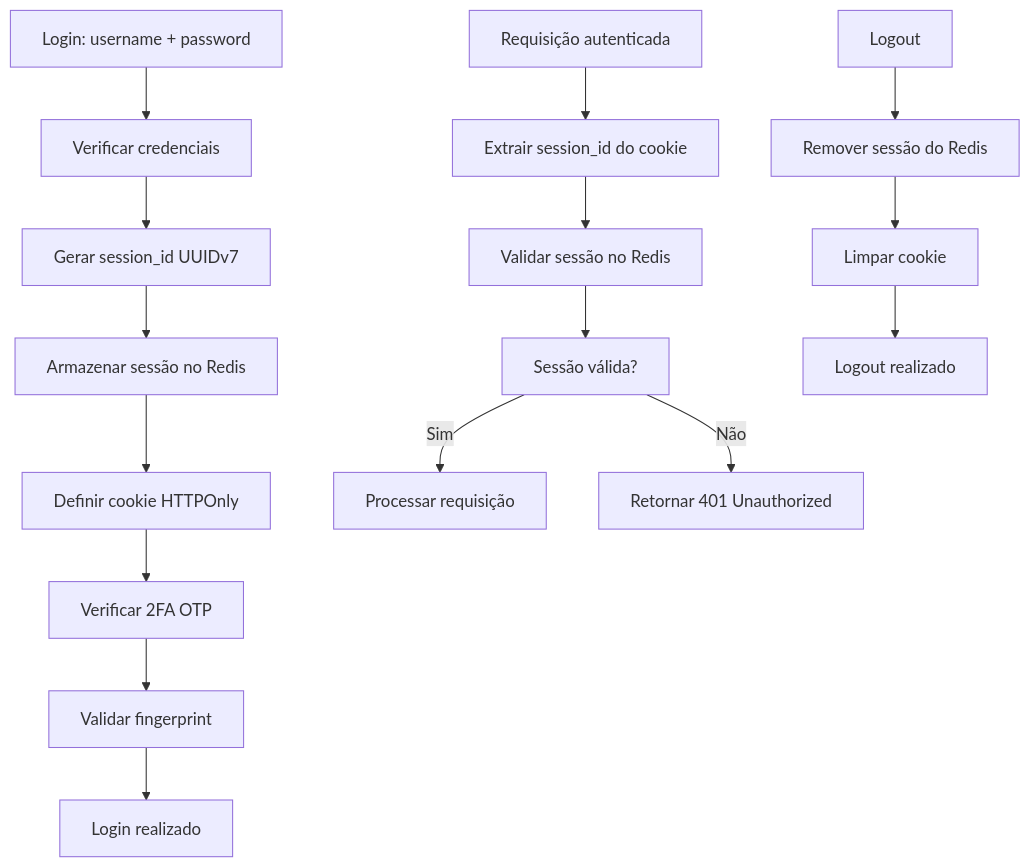
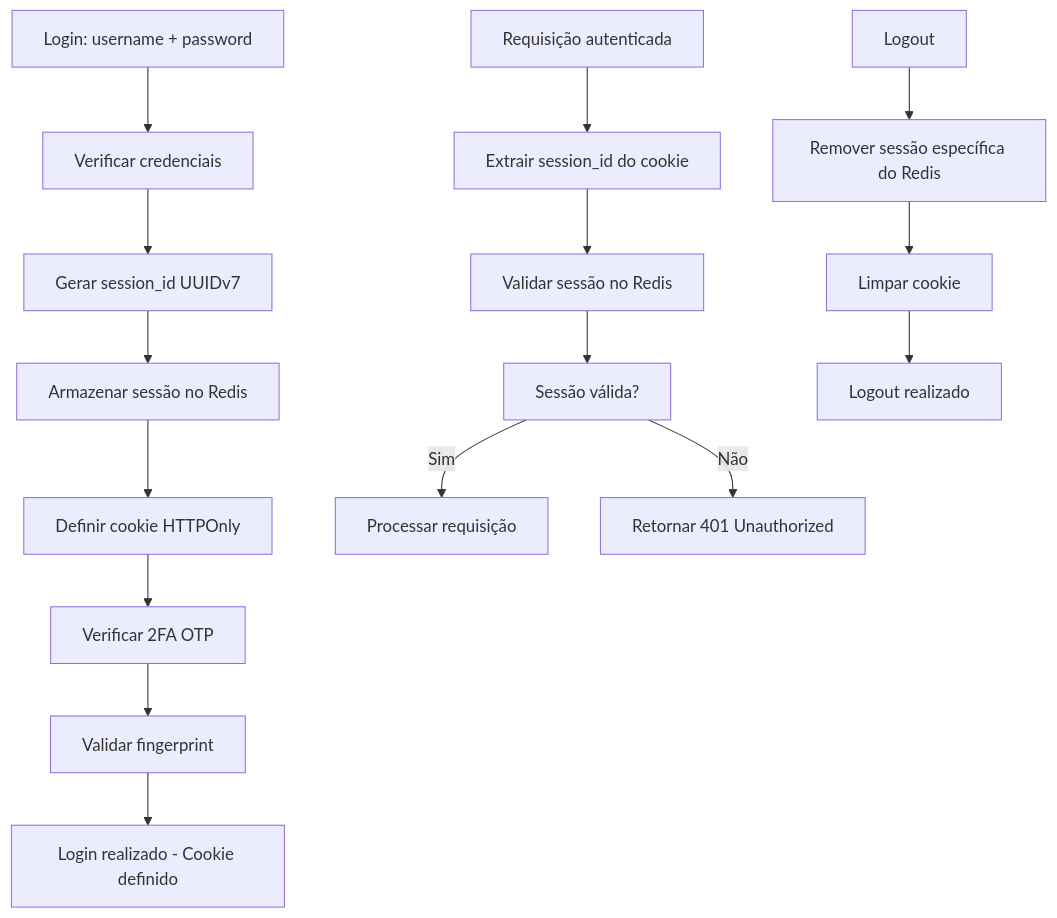
One commit to Isaac-Foster/bp-fast changed the second of 2 diagrams in README.md. Above: the diagram before and after it, drawn with Mermaid. The commit also changed other lines of this file and 3 other files, not shown here.

Commit message:
docs: smart auth jwt or cookie session Redis and mode login

````diff
--- a/README.md
+++ b/README.md
@@ -121,20 +196,20 @@
 ```mermaid
 graph TD
     A[Login: username + password] --> B[Verificar credenciais]
     B --> C[Gerar session_id UUIDv7]
     C --> D[Armazenar sessão no Redis]
     D --> E[Definir cookie HTTPOnly]
     E --> F[Verificar 2FA OTP]
     F --> G[Validar fingerprint]
-    G --> H[Login realizado]
+    G --> H[Login realizado - Cookie definido]
     
     I[Requisição autenticada] --> J[Extrair session_id do cookie]
     J --> K[Validar sessão no Redis]
     K --> L[Sessão válida?]
     L -->|Sim| M[Processar requisição]
     L -->|Não| N[Retornar 401 Unauthorized]
     
-    O[Logout] --> P[Remover sessão do Redis]
+    O[Logout] --> P[Remover sessão específica do Redis]
     P --> Q[Limpar cookie]
     Q --> R[Logout realizado]
 ```
````
